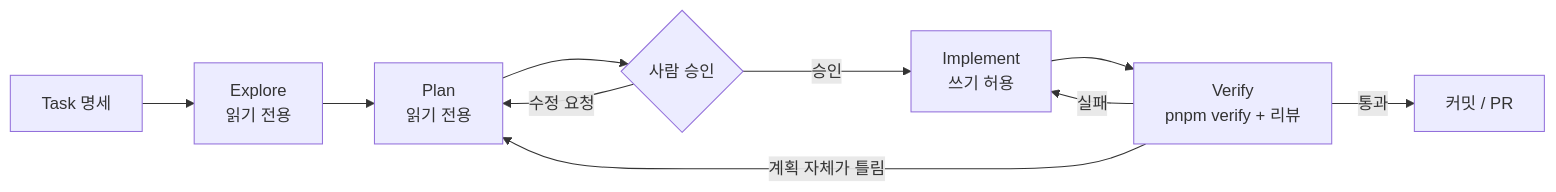
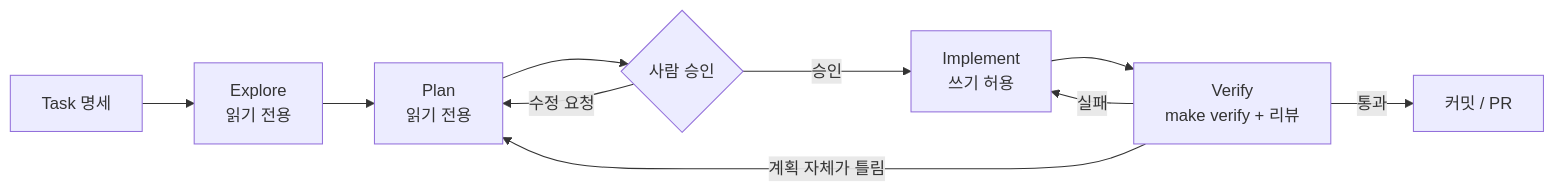
The diagram in modules/03-agentic-workflow/03-1-explore-plan-implement-verify.md (DataDynamics/ai-development-guide), drawn with Mermaid before and after one commit. The commit also changed other lines of this file and 5 other files, not shown here.

````diff
--- a/modules/03-agentic-workflow/03-1-explore-plan-implement-verify.md
+++ b/modules/03-agentic-workflow/03-1-explore-plan-implement-verify.md
@@ -70,12 +70,12 @@
 ```mermaid
 flowchart LR
     S[Task 명세] --> E[Explore<br/>읽기 전용]
     E --> P[Plan<br/>읽기 전용]
     P --> H{사람 승인}
     H -- 수정 요청 --> P
     H -- 승인 --> I[Implement<br/>쓰기 허용]
-    I --> V[Verify<br/>pnpm verify + 리뷰]
+    I --> V[Verify<br/>make verify + 리뷰]
     V -- 실패 --> I
     V -- 계획 자체가 틀림 --> P
     V -- 통과 --> D[커밋 / PR]
 ```
````
